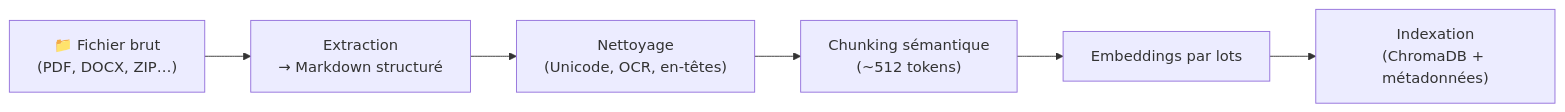
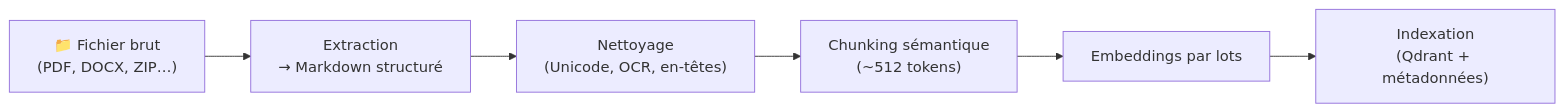
One commit to devdownin/SpectraLLM changed the second of 5 diagrams in docs/user/documentation-pedagogique.fr.md. Above: the diagram before and after it, drawn with Mermaid. The commit also changed other lines of this file and 44 other files, not shown here.

````diff
--- a/docs/user/documentation-pedagogique.fr.md
+++ b/docs/user/documentation-pedagogique.fr.md
@@ -219,8 +219,8 @@
 ```mermaid
 flowchart LR
     F["📁 Fichier brut<br/>(PDF, DOCX, ZIP…)"] --> E["Extraction<br/>→ Markdown structuré"]
     E --> N["Nettoyage<br/>(Unicode, OCR, en-têtes)"]
     N --> C["Chunking sémantique<br/>(~512 tokens)"]
     C --> V["Embeddings par lots"]
-    V --> I["Indexation<br/>(ChromaDB + métadonnées)"]
+    V --> I["Indexation<br/>(Qdrant + métadonnées)"]
 ```
````
